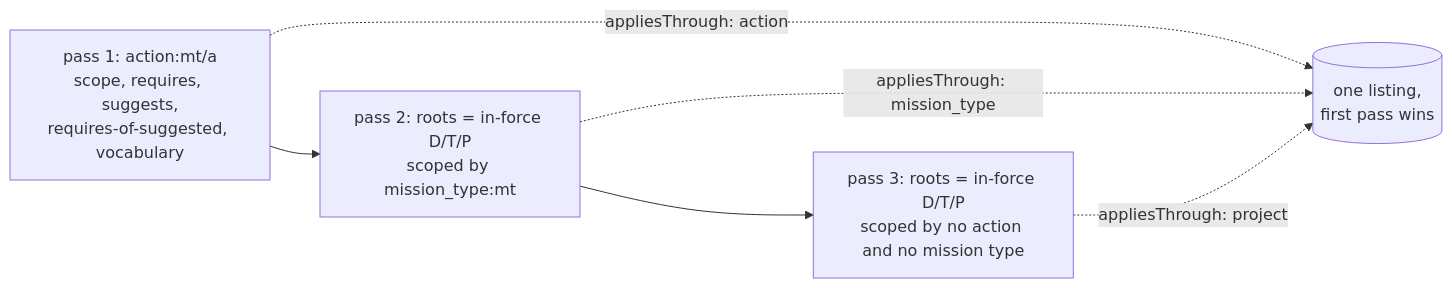
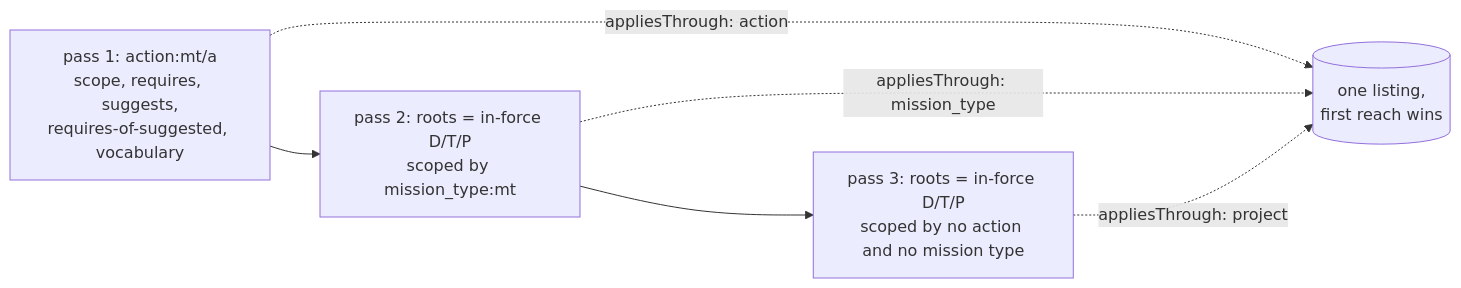
One commit to spec-kitty/spec-kitty-charter changed the diagram in kitty-specs/effective-step-and-action-context-01M774HB/plan.md. Above: the diagram before and after it, drawn with Mermaid. The commit also changed other lines of this file and 5 other files, not shown here.

````diff
--- a/kitty-specs/effective-step-and-action-context-01M774HB/plan.md
+++ b/kitty-specs/effective-step-and-action-context-01M774HB/plan.md
@@ -96,8 +99,8 @@
 ```mermaid
 flowchart LR
   A["pass 1: action:mt/a<br/>scope, requires, suggests,<br/>requires-of-suggested, vocabulary"] --> B["pass 2: roots = in-force D/T/P<br/>scoped by mission_type:mt"]
   B --> C["pass 3: roots = in-force D/T/P<br/>scoped by no action and no mission type"]
-  A -.->|appliesThrough: action| L[(one listing,<br/>first pass wins)]
+  A -.->|appliesThrough: action| L[(one listing,<br/>first reach wins)]
   B -.->|appliesThrough: mission_type| L
   C -.->|appliesThrough: project| L
 ```
````
